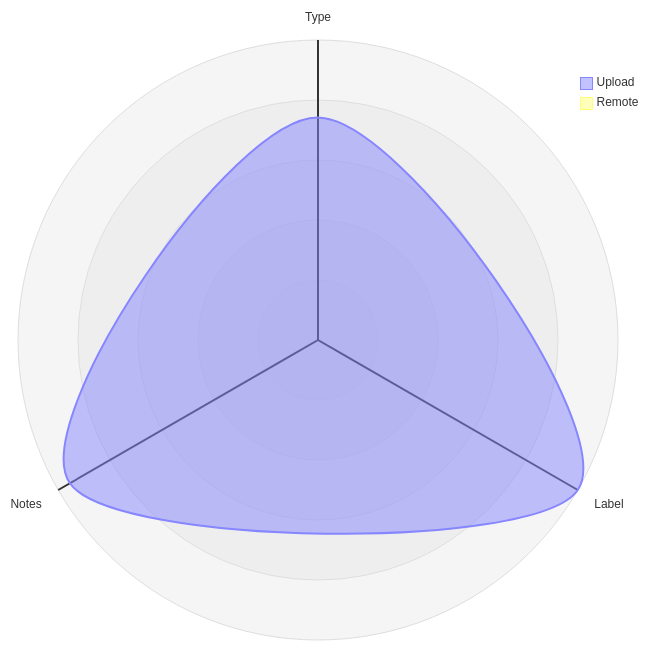
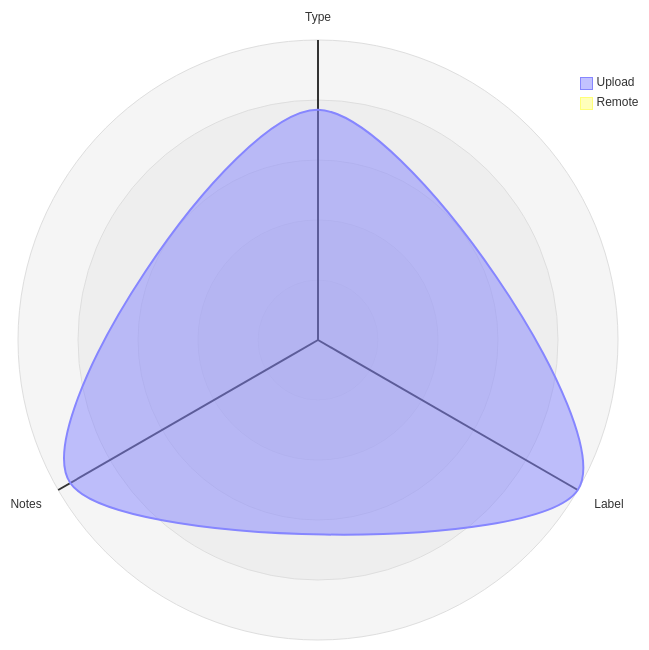
Before and after one commit to open-data/analytics-corporate-reporting: the third of 5 diagrams in datastore_tracker/README.md, drawn with Mermaid. The commit also changed other lines of this file and 9 other files, not shown here.

````diff
--- a/datastore_tracker/README.md
+++ b/datastore_tracker/README.md
@@ -104,12 +104,12 @@
 ```mermaid
 radar-beta
   axis T["Type"], L["Label"], N["Notes"]
-  curve u["Upload"]{0.00066, 0.00089, 0.00085}
+  curve u["Upload"]{0.00066, 0.00086, 0.00082}
   curve r["Remote"]{0, 0, 0}
 
   showLegend true
 
   min 0
   graticule circle
   ticks 5
 ```
````
